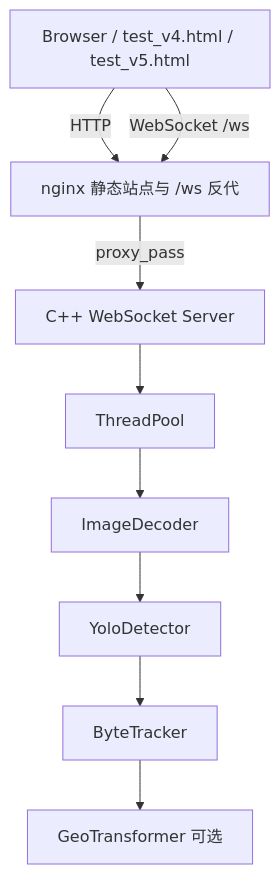
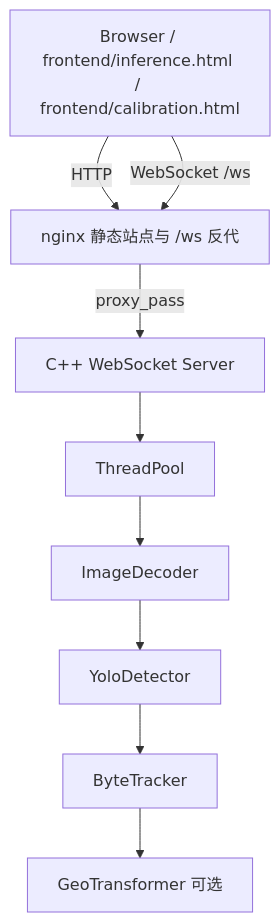
Before and after one commit to AbeginnerFLM/TrackFlow: the diagram in README.md, drawn with Mermaid. The commit also changed other lines of this file and 28 other files, not shown here.

````diff
--- a/README.md
+++ b/README.md
@@ -59,20 +52,20 @@
 ```mermaid
 graph TD
-    Browser[Browser / test_v4.html / test_v5.html]
+    Browser[Browser / frontend/inference.html / frontend/calibration.html]
     Nginx[nginx 静态站点与 /ws 反代]
     WS[C++ WebSocket Server]
     Pool[ThreadPool]
     Decoder[ImageDecoder]
     Yolo[YoloDetector]
     Tracker[ByteTracker]
     Geo[GeoTransformer 可选]
 
     Browser -->|HTTP| Nginx
     Browser -->|WebSocket /ws| Nginx
     Nginx -->|proxy_pass| WS
     WS --> Pool
     Pool --> Decoder
     Decoder --> Yolo
     Yolo --> Tracker
     Tracker --> Geo
 ```
````
